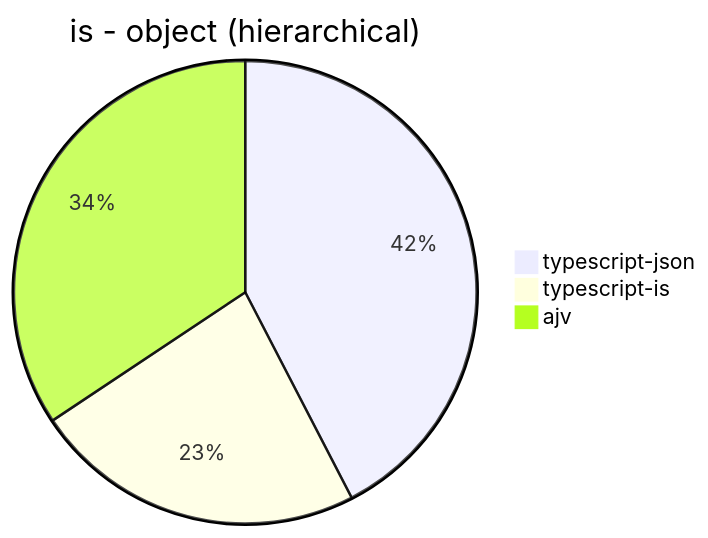
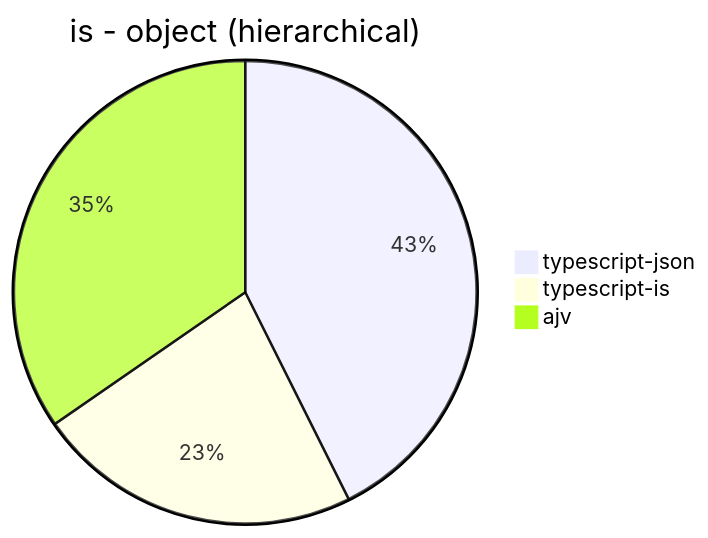
One commit to samchon/typia changed the seventh of 30 diagrams in benchmark/results/Apple M1.md. Above: the diagram before and after it, drawn with Mermaid. The commit also changed other lines of this file, not shown here.

````diff
--- a/benchmark/results/Apple M1.md
+++ b/benchmark/results/Apple M1.md
@@ -76,6 +77,6 @@
 ```mermaid
 pie title is - object (hierarchical)
-  "typescript-json": 110891.59369527145
-  "typescript-is": 60833.92890727854
-  "ajv": 89847.28610855567
+  "typescript-json": 113602.70922249026
+  "typescript-is": 60623.55572120761
+  "ajv": 92320.73082489146
 ```
````
